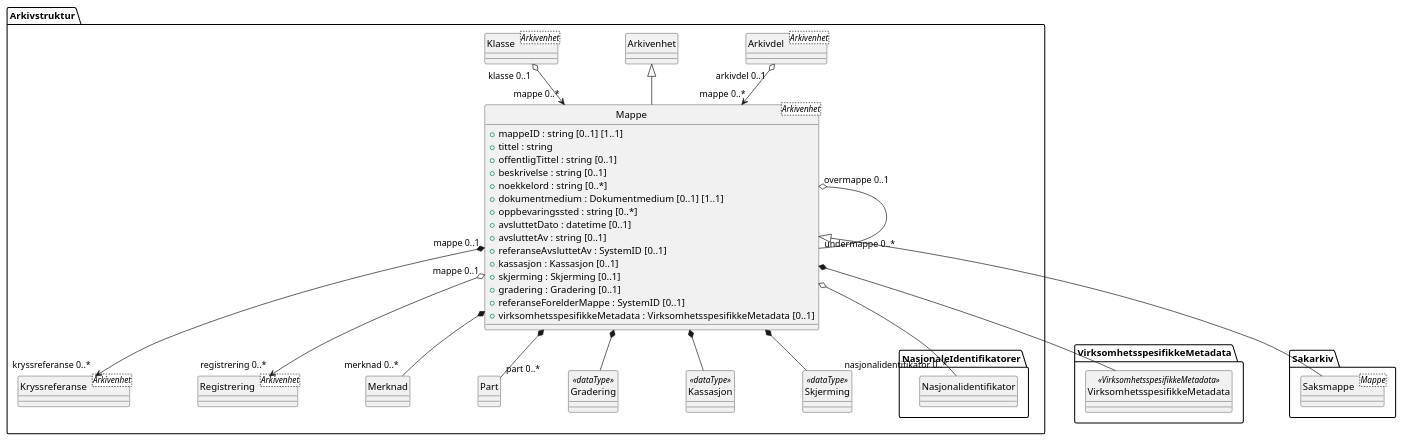
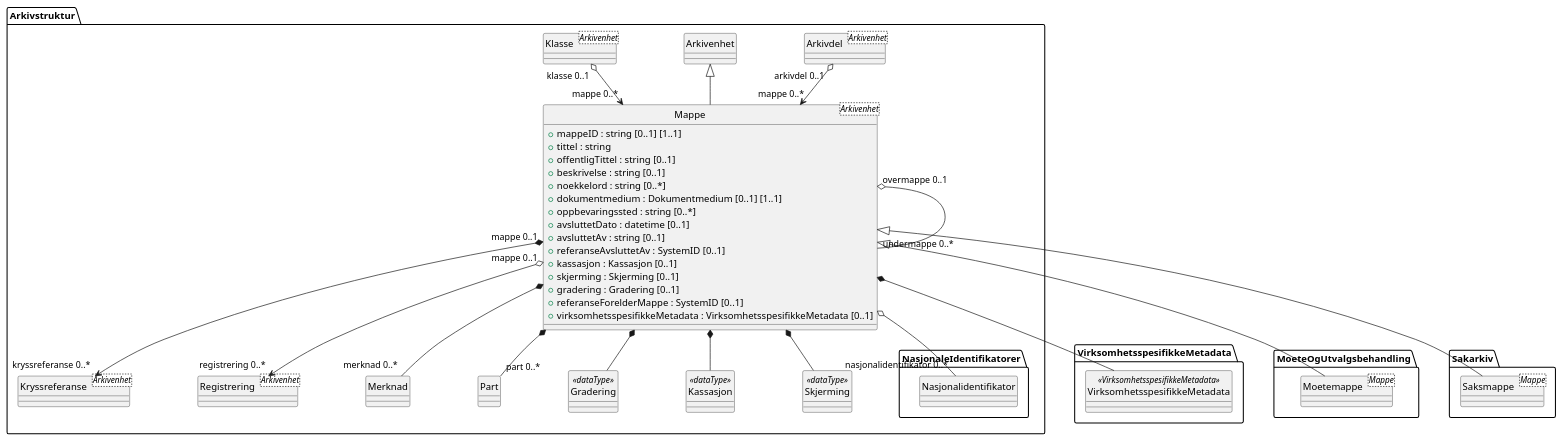
Before and after one commit to arkivverket/noark5-tjenestegrensesnitt-standard: the diagram in kapitler/media/uml-class-mappe.puml, drawn with PlantUML. The commit also changed 21 other files, not shown here.

```diff
--- a/kapitler/media/uml-class-mappe.puml
+++ b/kapitler/media/uml-class-mappe.puml
@@ -1,61 +1,64 @@
 @startuml
 skinparam nodesep 100
 hide circle
 class Arkivstruktur.Mappe <Arkivenhet> {
   +mappeID : string [0..1] [1..1]
   +tittel : string
   +offentligTittel : string [0..1]
   +beskrivelse : string [0..1]
   +noekkelord : string [0..*]
   +dokumentmedium : Dokumentmedium [0..1] [1..1]
   +oppbevaringssted : string [0..*]
   +avsluttetDato : datetime [0..1]
   +avsluttetAv : string [0..1]
   +referanseAvsluttetAv : SystemID [0..1]
   +kassasjon : Kassasjon [0..1]
   +skjerming : Skjerming [0..1]
   +gradering : Gradering [0..1]
   +referanseForelderMappe : SystemID [0..1]
   +virksomhetsspesifikkeMetadata : VirksomhetsspesifikkeMetadata [0..1]
 }
 class Arkivstruktur.Arkivdel <Arkivenhet> {
 }
 Arkivstruktur.Arkivdel "arkivdel 0..1" o--> "mappe 0..*" Arkivstruktur.Mappe
 class Arkivstruktur.Arkivenhet {
 }
 Arkivstruktur.Arkivenhet <|-- Arkivstruktur.Mappe
 class Arkivstruktur.Klasse <Arkivenhet> {
 }
 Arkivstruktur.Klasse "klasse 0..1" o--> "mappe 0..*" Arkivstruktur.Mappe
 class Arkivstruktur.Kryssreferanse <Arkivenhet> {
 }
 Arkivstruktur.Mappe "mappe 0..1" *--> "kryssreferanse 0..*" Arkivstruktur.Kryssreferanse
 class Arkivstruktur.Registrering <Arkivenhet> {
 }
 Arkivstruktur.Mappe "mappe 0..1" o--> "registrering 0..*" Arkivstruktur.Registrering
 Arkivstruktur.Mappe "overmappe 0..1" o-- "undermappe 0..*" Arkivstruktur.Mappe
 class Arkivstruktur.Merknad {
 }
 Arkivstruktur.Mappe *-- "merknad 0..*" Arkivstruktur.Merknad
 class Arkivstruktur.Part {
 }
 Arkivstruktur.Mappe *-- "part 0..*" Arkivstruktur.Part
 class Arkivstruktur.Gradering <<dataType>> {
 }
 Arkivstruktur.Mappe *-- Arkivstruktur.Gradering
 class Arkivstruktur.Kassasjon <<dataType>> {
 }
 Arkivstruktur.Mappe *-- Arkivstruktur.Kassasjon
 class Arkivstruktur.Skjerming <<dataType>> {
 }
 Arkivstruktur.Mappe *-- Arkivstruktur.Skjerming
 class VirksomhetsspesifikkeMetadata.VirksomhetsspesifikkeMetadata <<VirksomhetsspesifikkeMetadata>> {
 }
 Arkivstruktur.Mappe *-- VirksomhetsspesifikkeMetadata.VirksomhetsspesifikkeMetadata
+class MoeteOgUtvalgsbehandling.Moetemappe <Mappe> {
+}
+Arkivstruktur.Mappe <|-- MoeteOgUtvalgsbehandling.Moetemappe
 class Sakarkiv.Saksmappe <Mappe> {
 }
 Arkivstruktur.Mappe <|-- Sakarkiv.Saksmappe
 class Arkivstruktur.NasjonaleIdentifikatorer.Nasjonalidentifikator {
 }
 Arkivstruktur.Mappe o-- "nasjonalidentifikator 0..*" Arkivstruktur.NasjonaleIdentifikatorer.Nasjonalidentifikator
 @enduml
```
